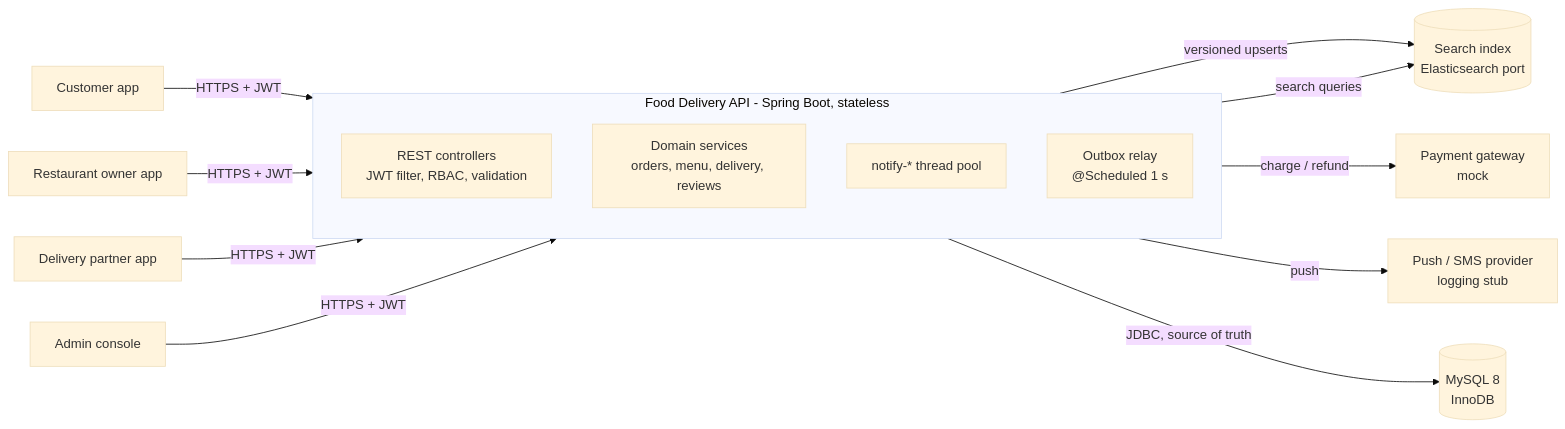
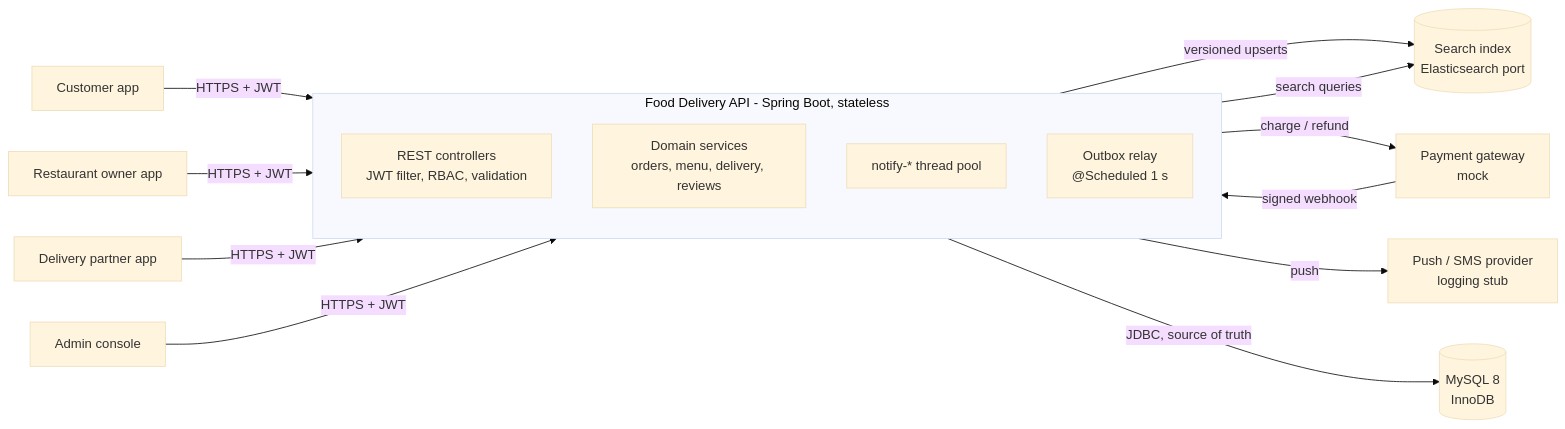
The first of 9 diagrams in docs/design/HLD.md (luckyr08/-food-delivery), drawn with Mermaid (base theme) before and after one commit. The commit also changed 14 other files, not shown here.

First line of the commit message:
feat: signed payment webhook with dedup, late-capture refund and amount check

````diff
--- a/docs/design/HLD.md
+++ b/docs/design/HLD.md
@@ -30,21 +30,22 @@
 ```mermaid
 flowchart LR
     C[Customer app] -->|HTTPS + JWT| API
     O[Restaurant owner app] -->|HTTPS + JWT| API
     P[Delivery partner app] -->|HTTPS + JWT| API
     A[Admin console] -->|HTTPS + JWT| API
 
     subgraph API[Food Delivery API - Spring Boot, stateless]
         direction TB
         WEB[REST controllers<br/>JWT filter, RBAC, validation]
         CORE[Domain services<br/>orders, menu, delivery, reviews]
         ASYNC[notify-* thread pool]
         RELAY[Outbox relay<br/>@Scheduled 1 s]
     end
 
     API -->|JDBC, source of truth| DB[(MySQL 8<br/>InnoDB)]
     RELAY -->|versioned upserts| IDX[(Search index<br/>Elasticsearch port)]
     WEB -->|search queries| IDX
     CORE -->|charge / refund| PG[Payment gateway<br/>mock]
+    PG -->|signed webhook| WEB
     ASYNC -->|push| PUSH[Push / SMS provider<br/>logging stub]
 ```
````
